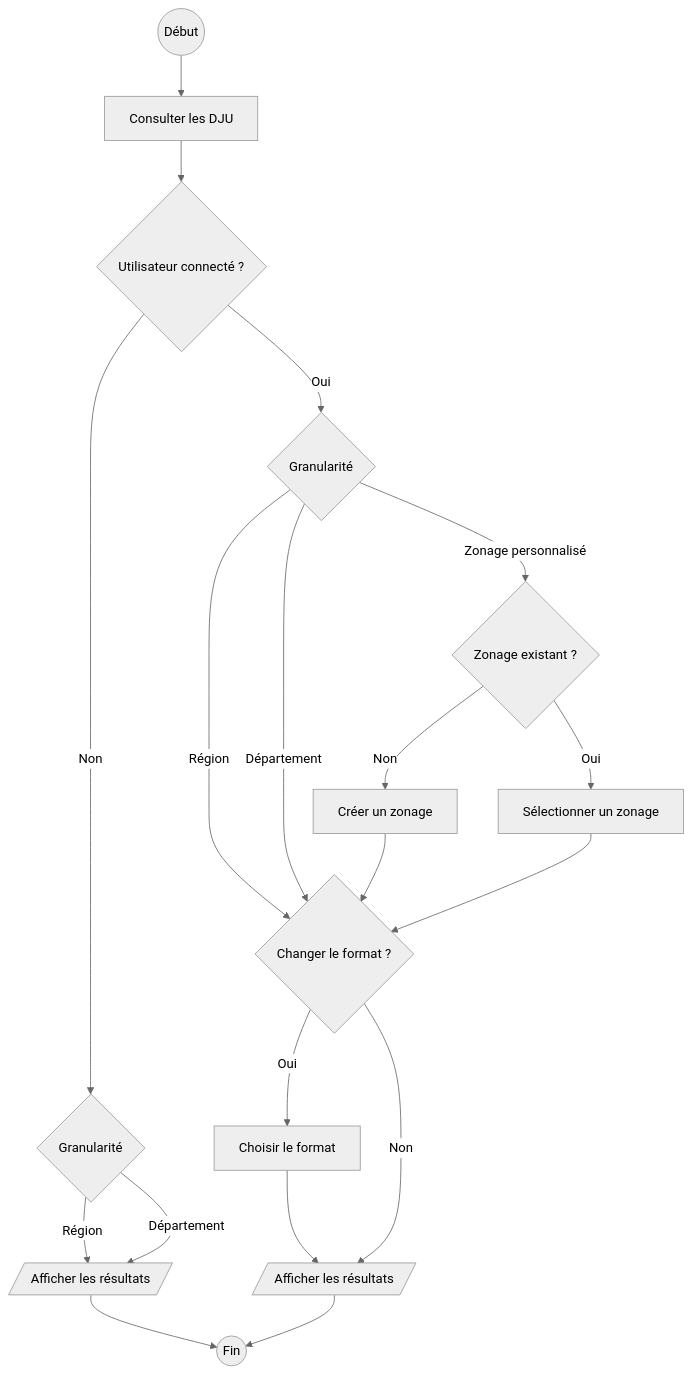
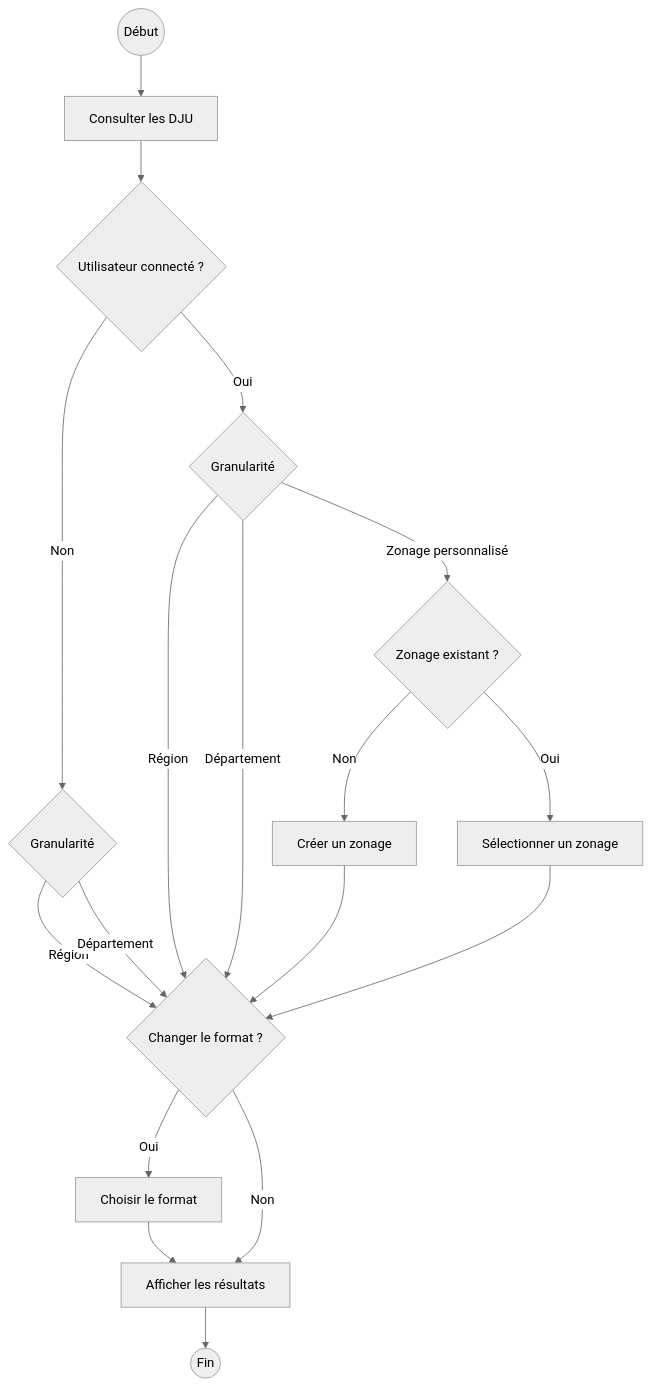
The diagram in doc/diagrams/consulterDJU.md (Ryan52700/TP_Informatique), drawn with Mermaid before and after one commit.

Commit message:
Update diagram flow for user connection scenarios

````diff
--- a/doc/diagrams/consulterDJU.md
+++ b/doc/diagrams/consulterDJU.md
@@ -1,33 +1,32 @@
 ```mermaid
 ---
 config:
   theme: neutral
   layout: dagre
 ---
 flowchart TD
     Start((Début)) --> DJU["Consulter les DJU"]
     DJU --> TypeUser{"Utilisateur connecté ?"}
 
     %% Parcours Non Connecté
     TypeUser -- Non --> Gran1{"Granularité"}
-    Gran1 -- Région --> Res1[/Afficher les résultats/]
-    Gran1 -- Département --> Res1
+    Gran1 -- Région --> ChangeFormat
+    Gran1 -- Département --> ChangeFormat
 
     %% Parcours Connecté
     TypeUser -- Oui --> Gran2{"Granularité"}
     Gran2 -- Région --> ChangeFormat
     Gran2 -- Département --> ChangeFormat
     Gran2 -- Zonage personnalisé --> ZoneExist{"Zonage existant ?"}
 
     %% Gestion des zonages
     ZoneExist -- Non --> CreerZonage["Créer un zonage"] --> ChangeFormat
     ZoneExist -- Oui --> Select["Sélectionner un zonage"] --> ChangeFormat
 
     %% Export / Formatage
     ChangeFormat{"Changer le format ?"}
-    ChangeFormat -- Oui --> ChoisirFormat["Choisir le format"] --> Res2[/Afficher les résultats/]
-    ChangeFormat -- Non --> Res2
+    ChangeFormat -- Oui --> ChoisirFormat["Choisir le format"] --> Res1["Afficher les résultats"]
+    ChangeFormat -- Non --> Res1
 
     Res1 --> Fin((Fin))
-    Res2 --> Fin
 ```
````
